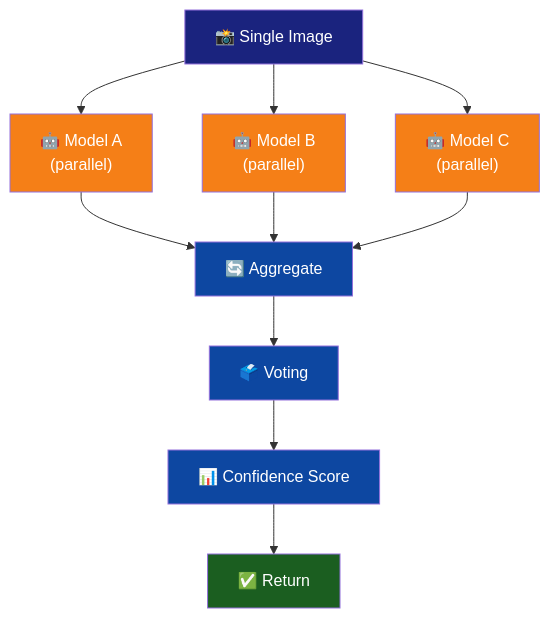
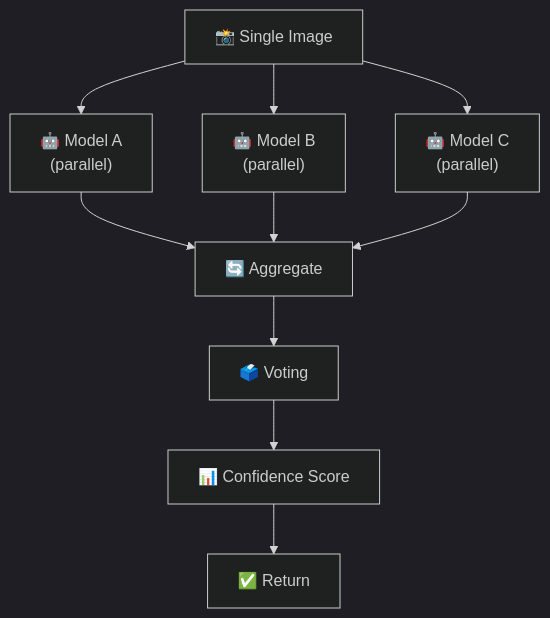
One commit to Singularity-ng/singularity-workflows changed the fifth of 13 diagrams in README.md. Above: the diagram before and after it, drawn with Mermaid. The commit also changed other lines of this file, not shown here.

First line of the commit message:
Use Mermaid's built-in dark theme for all diagrams

````diff
--- a/README.md
+++ b/README.md
@@ -137,25 +115,17 @@
 ```mermaid
+%%{init: {'theme':'dark'}}%%
 graph TB
     A["📸 Single Image"]
 
     A --> B["🤖 Model A<br/>(parallel)"]
     A --> C["🤖 Model B<br/>(parallel)"]
     A --> D["🤖 Model C<br/>(parallel)"]
 
     B --> E["🔄 Aggregate"]
     C --> E
     D --> E
 
     E --> F["🗳️ Voting"]
     F --> G["📊 Confidence Score"]
     G --> H["✅ Return"]
-
-    style A fill:#1a237e,color:#fff
-    style B fill:#f57f17,color:#fff
-    style C fill:#f57f17,color:#fff
-    style D fill:#f57f17,color:#fff
-    style E fill:#0d47a1,color:#fff
-    style F fill:#0d47a1,color:#fff
-    style G fill:#0d47a1,color:#fff
-    style H fill:#1b5e20,color:#fff
 ```
````
